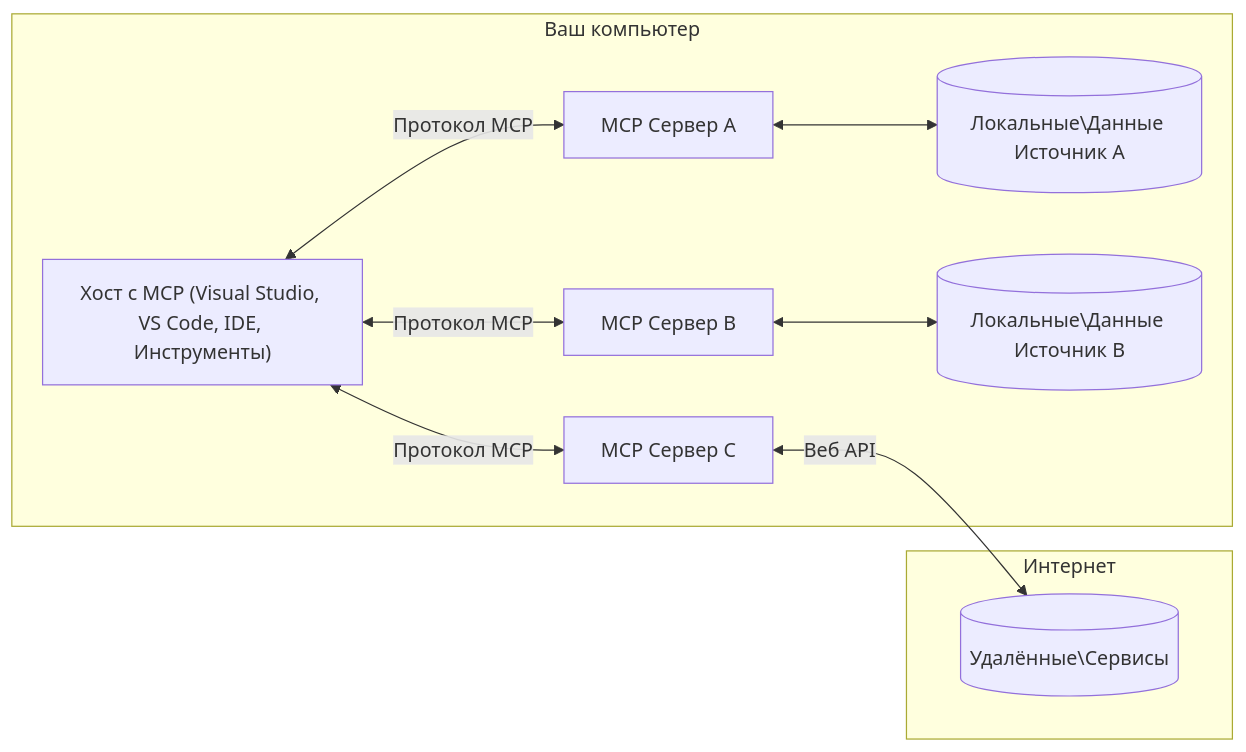
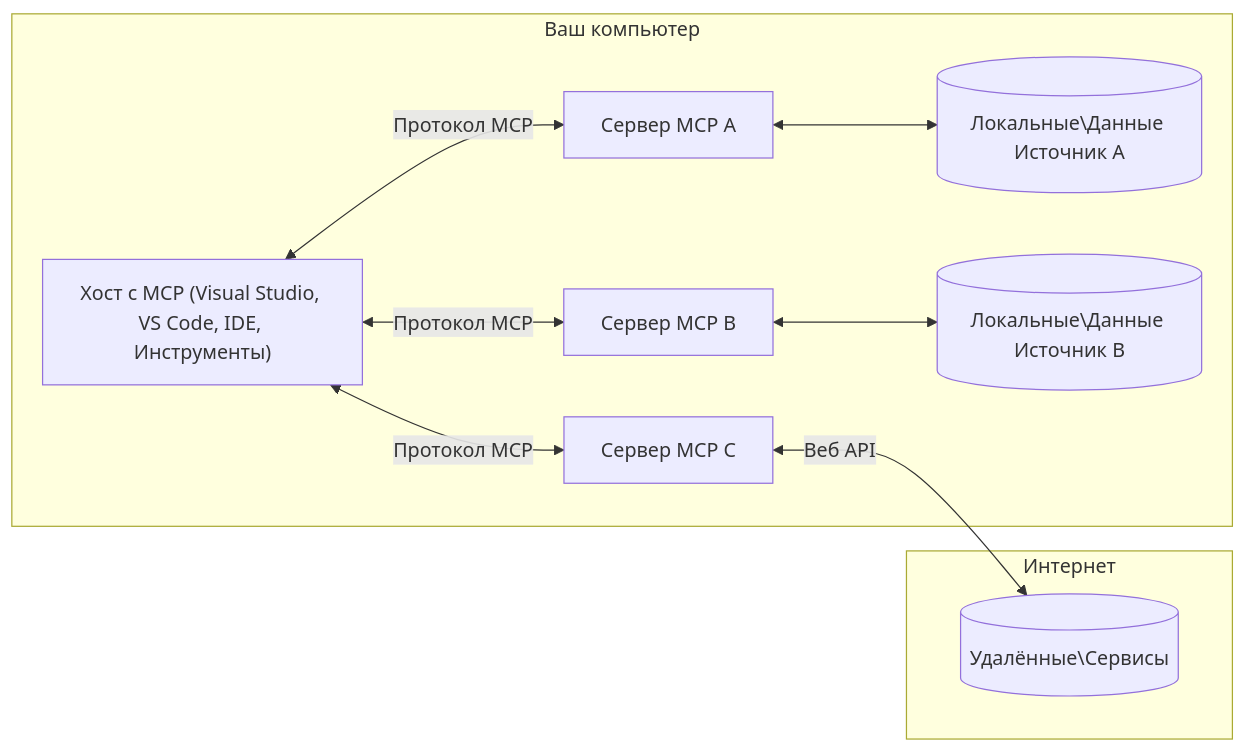
One commit to Mu-L/mcp-for-beginners changed the diagram in translations/ru/01-CoreConcepts/README.md. Above: the diagram before and after it, drawn with Mermaid. The commit also changed other lines of this file and 5 other files, not shown here.

````diff
--- a/translations/ru/01-CoreConcepts/README.md
+++ b/translations/ru/01-CoreConcepts/README.md
@@ -45,17 +45,17 @@
 ```mermaid
 flowchart LR
     subgraph "Ваш компьютер"
         Host["Хост с MCP (Visual Studio, VS Code, IDE, Инструменты)"]
-        S1["MCP Сервер A"]
-        S2["MCP Сервер B"]
-        S3["MCP Сервер C"]
+        S1["Сервер MCP A"]
+        S2["Сервер MCP B"]
+        S3["Сервер MCP C"]
         Host <-->|"Протокол MCP"| S1
         Host <-->|"Протокол MCP"| S2
         Host <-->|"Протокол MCP"| S3
         S1 <--> D1[("Локальные\Данные Источник A")]
         S2 <--> D2[("Локальные\Данные Источник B")]
     end
     subgraph "Интернет"
         S3 <-->|"Веб API"| D3[("Удалённые\Сервисы")]
     end
-```
+```  
````
